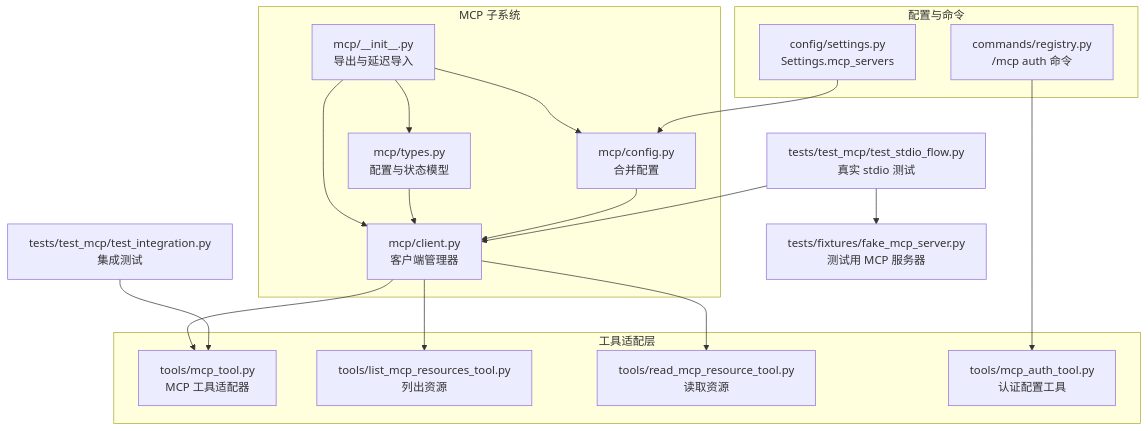
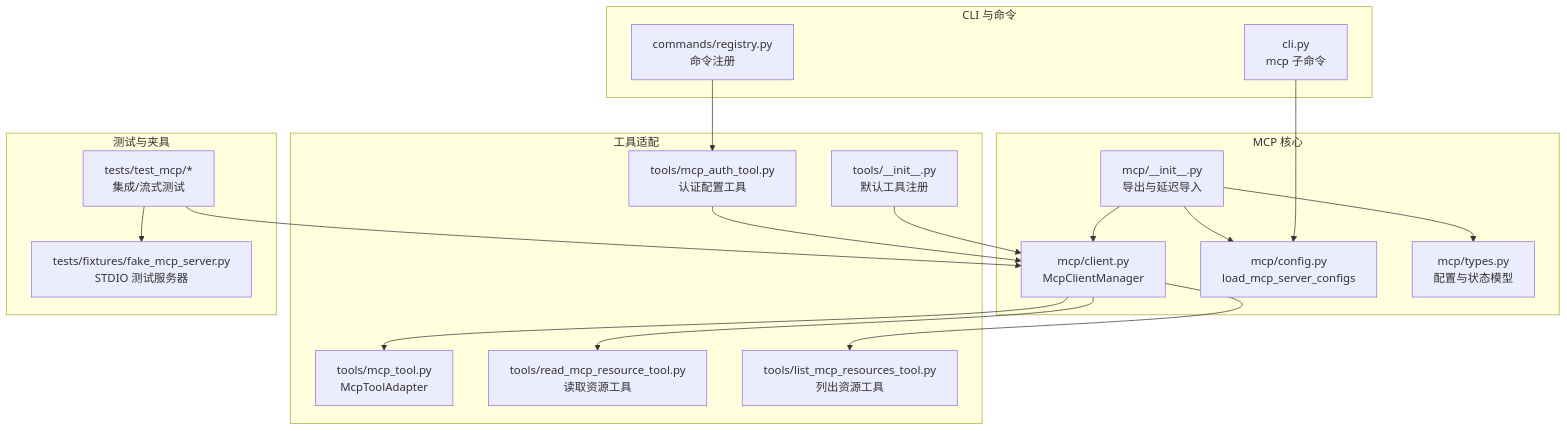
Before and after one commit to haolange/OpenHarness: the first of 8 diagrams in .qoder/repowiki/zh/content/MCP 协议支持/MCP 协议支持.md, drawn with Mermaid. The commit also changed other lines of this file and 222 other files, not shown here.

````diff
--- a/.qoder/repowiki/zh/content/MCP 协议支持/MCP 协议支持.md
+++ b/.qoder/repowiki/zh/content/MCP 协议支持/MCP 协议支持.md
@@ -49,35 +51,36 @@
 ```mermaid
 graph TB
-subgraph "MCP 子系统"
+subgraph "MCP 核心"
 A["mcp/__init__.py<br/>导出与延迟导入"]
-B["mcp/types.py<br/>配置与状态模型"]
-C["mcp/config.py<br/>合并配置"]
-D["mcp/client.py<br/>客户端管理器"]
+B["mcp/client.py<br/>McpClientManager"]
+C["mcp/config.py<br/>load_mcp_server_configs"]
+D["mcp/types.py<br/>配置与状态模型"]
 end
-subgraph "工具适配层"
-E["tools/mcp_tool.py<br/>MCP 工具适配器"]
-F["tools/list_mcp_resources_tool.py<br/>列出资源"]
-G["tools/read_mcp_resource_tool.py<br/>读取资源"]
+subgraph "工具适配"
+E["tools/mcp_tool.py<br/>McpToolAdapter"]
+F["tools/read_mcp_resource_tool.py<br/>读取资源工具"]
+G["tools/list_mcp_resources_tool.py<br/>列出资源工具"]
 H["tools/mcp_auth_tool.py<br/>认证配置工具"]
+I["tools/__init__.py<br/>默认工具注册"]
 end
-subgraph "配置与命令"
-I["config/settings.py<br/>Settings.mcp_servers"]
-J["commands/registry.py<br/>/mcp auth 命令"]
+subgraph "CLI 与命令"
+J["cli.py<br/>mcp 子命令"]
+K["commands/registry.py<br/>命令注册"]
 end
-K["tests/test_mcp/test_integration.py<br/>集成测试"]
-L["tests/test_mcp/test_stdio_flow.py<br/>真实 stdio 测试"]
-M["tests/fixtures/fake_mcp_server.py<br/>测试用 MCP 服务器"]
+subgraph "测试与夹具"
+L["tests/test_mcp/*<br/>集成/流式测试"]
+M["tests/fixtures/fake_mcp_server.py<br/>STDIO 测试服务器"]
+end
 A --> B
 A --> C
 A --> D
-B --> D
-C --> D
-D --> E
-D --> F
-D --> G
-I --> C
-J --> H
-K --> E
-L --> D
+B --> E
+B --> F
+B --> G
+H --> B
+I --> B
+J --> C
+K --> H
+L --> B
 L --> M
 ```
````
